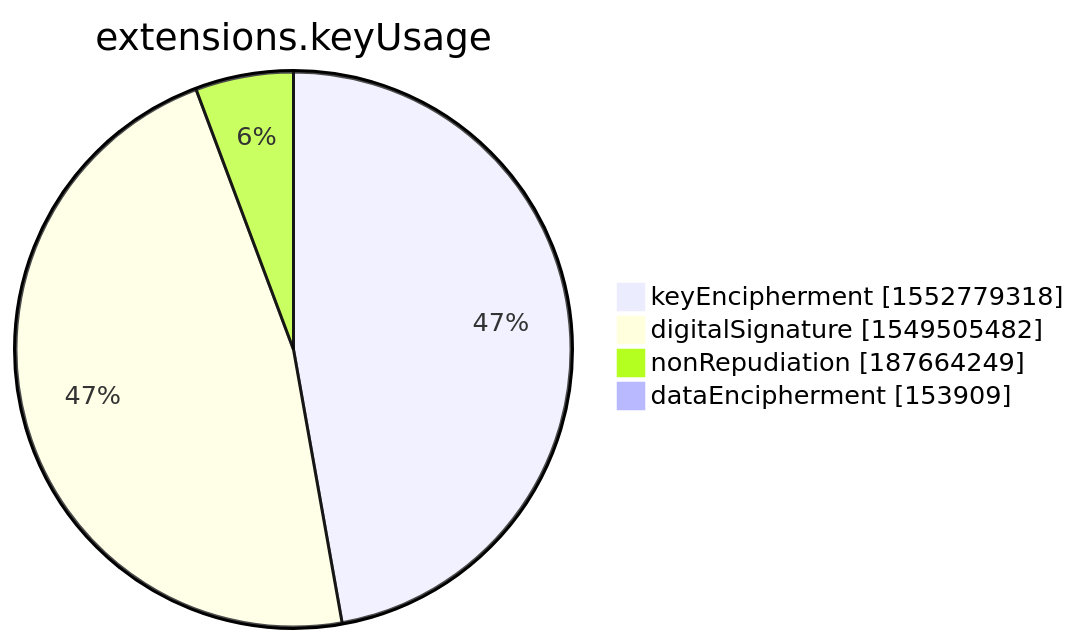
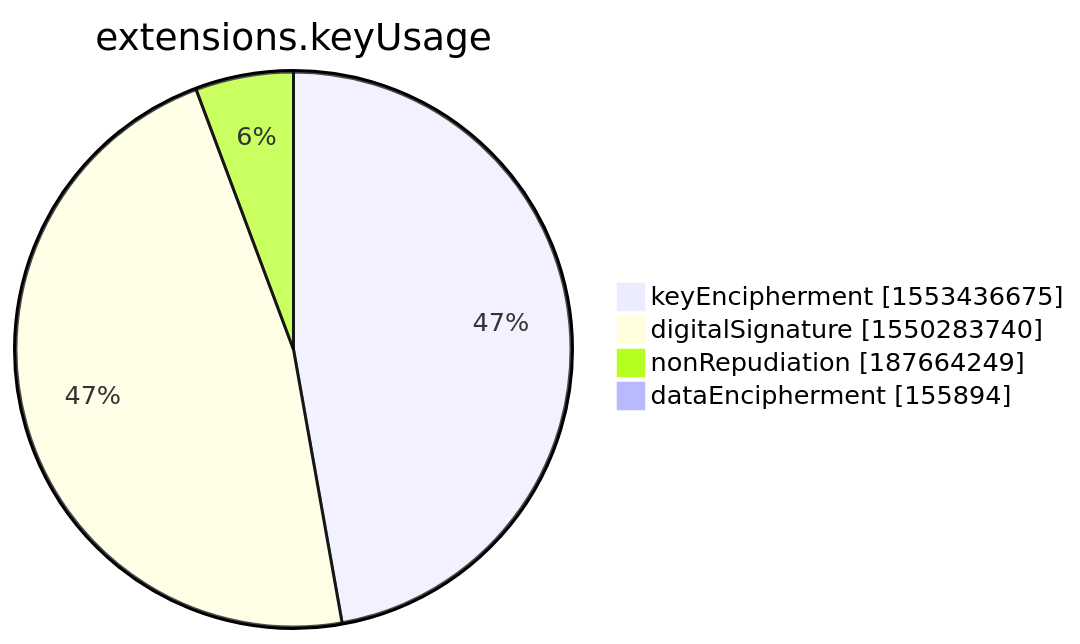
Before and after one commit to christiankrug/ctmonitor_visualization: the seventh of 15 diagrams in xenon2022/README.md, drawn with Mermaid. The commit also changed other lines of this file, not shown here.

````diff
--- a/xenon2022/README.md
+++ b/xenon2022/README.md
@@ -2852,8 +2852,8 @@
 ```mermaid
 pie showData
 title extensions.keyUsage
-"keyEncipherment" :1552779318
-"digitalSignature" :1549505482
+"keyEncipherment" :1553436675
+"digitalSignature" :1550283740
 "nonRepudiation" :187664249
-"dataEncipherment" :153909
+"dataEncipherment" :155894
 ```
````
